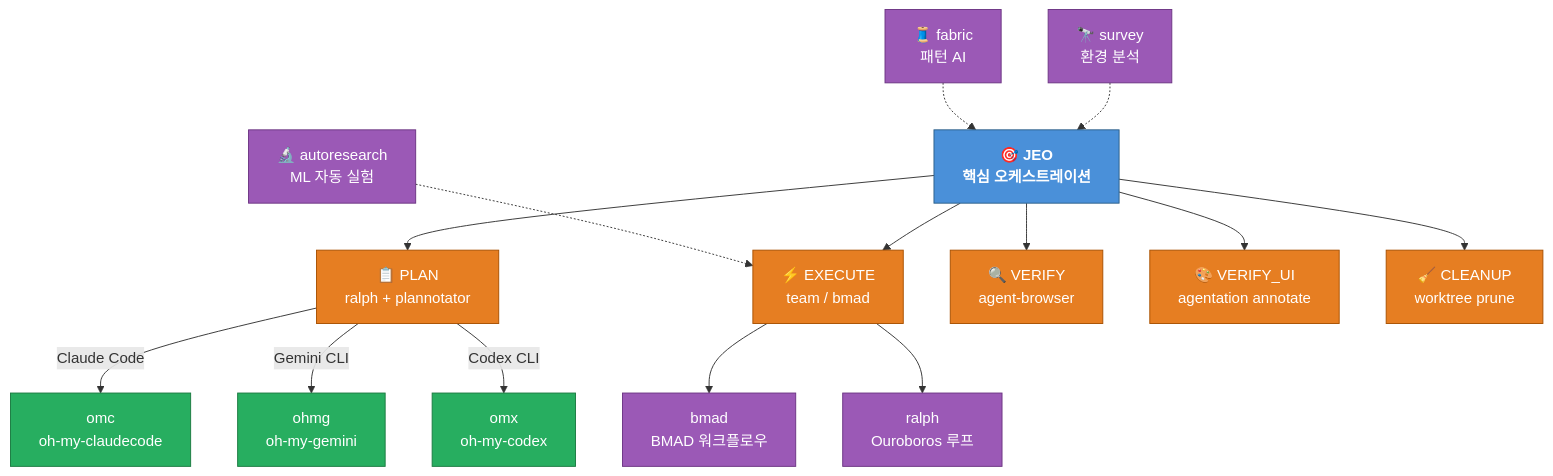
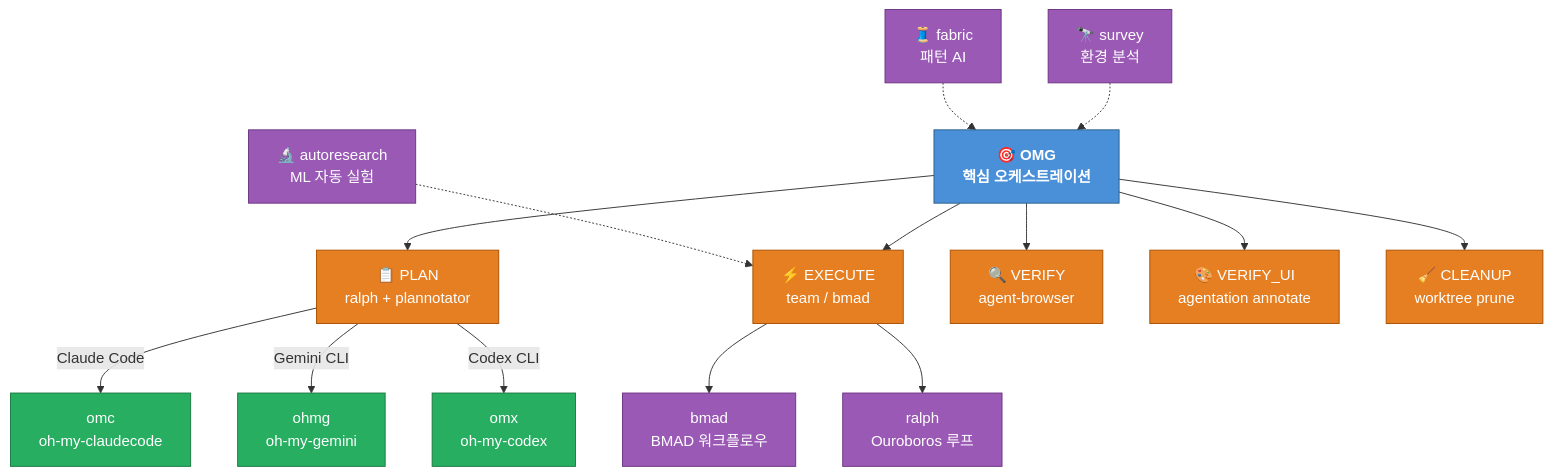
Before and after one commit to JEO-tech-ai/oh-my-gods: the first of 3 diagrams in README.ko.md, drawn with Mermaid. The commit also changed other lines of this file and 34 other files, not shown here.

First line of the commit message:
rename skill jeo → omg across entire project

````diff
--- a/README.ko.md
+++ b/README.ko.md
@@ -82,29 +82,29 @@
 ```mermaid
 graph TD
-    JEO["🎯 JEO\n핵심 오케스트레이션"] --> PLAN["📋 PLAN\nralph + plannotator"]
-    JEO --> EXEC["⚡ EXECUTE\nteam / bmad"]
-    JEO --> VERIFY["🔍 VERIFY\nagent-browser"]
-    JEO --> UI["🎨 VERIFY_UI\nagentation annotate"]
-    JEO --> CLEAN["🧹 CLEANUP\nworktree prune"]
+    OMG["🎯 OMG\n핵심 오케스트레이션"] --> PLAN["📋 PLAN\nralph + plannotator"]
+    OMG --> EXEC["⚡ EXECUTE\nteam / bmad"]
+    OMG --> VERIFY["🔍 VERIFY\nagent-browser"]
+    OMG --> UI["🎨 VERIFY_UI\nagentation annotate"]
+    OMG --> CLEAN["🧹 CLEANUP\nworktree prune"]
 
     PLAN --> |"Claude Code"| OMC["omc\noh-my-claudecode"]
     PLAN --> |"Gemini CLI"| OHMG["ohmg\noh-my-gemini"]
     PLAN --> |"Codex CLI"| OMX["omx\noh-my-codex"]
 
     EXEC --> BMAD["bmad\nBMAD 워크플로우"]
     EXEC --> RALPH["ralph\nOuroboros 루프"]
 
-    SURVEY["🔭 survey\n환경 분석"] -.-> JEO
-    FABRIC["🧵 fabric\n패턴 AI"] -.-> JEO
+    SURVEY["🔭 survey\n환경 분석"] -.-> OMG
+    FABRIC["🧵 fabric\n패턴 AI"] -.-> OMG
     AUTORESEARCH["🔬 autoresearch\nML 자동 실험"] -.-> EXEC
 
     classDef core fill:#4A90D9,stroke:#2C5F8A,color:#fff,font-weight:bold
     classDef hidden fill:#9B59B6,stroke:#6C3483,color:#fff
     classDef platform fill:#27AE60,stroke:#1A7A40,color:#fff
     classDef support fill:#E67E22,stroke:#A85000,color:#fff
 
-    class JEO core
+    class OMG core
     class SURVEY,FABRIC,AUTORESEARCH,BMAD,RALPH hidden
     class OMC,OHMG,OMX platform
     class PLAN,EXEC,VERIFY,UI,CLEAN support
 ```
````
